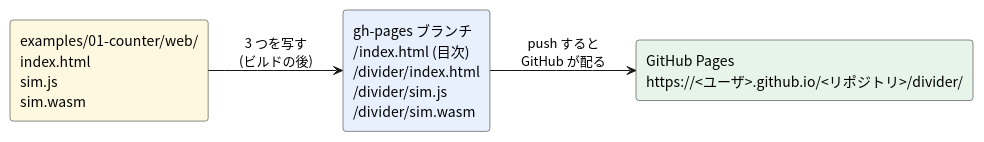
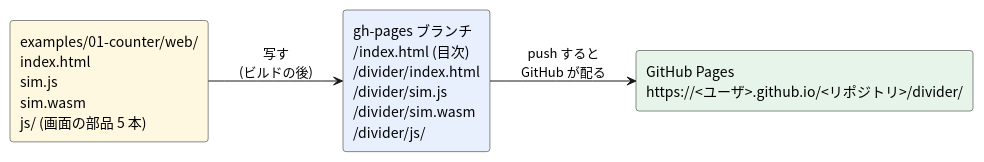
One commit to tommie-jp/tommie-circuit-workbook changed the diagram in 06-fpga/04-soft-fpga-web/13-github-pages.md. Above: the diagram before and after it, drawn with PlantUML. The commit also changed other lines of this file, not shown here.

````diff
--- a/06-fpga/04-soft-fpga-web/13-github-pages.md
+++ b/06-fpga/04-soft-fpga-web/13-github-pages.md
@@ -25,17 +25,17 @@
 ```plantuml
 @startuml
 left to right direction
 skinparam shadowing false
 skinparam defaultFontName "Noto Sans CJK JP"
 skinparam rectangle {
   RoundCorner 6
 }
 
-rectangle "examples/01-counter/web/\nindex.html\nsim.js\nsim.wasm" as SRC #FFF8E1
-rectangle "gh-pages ブランチ\n/index.html (目次)\n/divider/index.html\n/divider/sim.js\n/divider/sim.wasm" as GH #E8F0FE
+rectangle "examples/01-counter/web/\nindex.html\nsim.js\nsim.wasm\njs/ (画面の部品 5 本)" as SRC #FFF8E1
+rectangle "gh-pages ブランチ\n/index.html (目次)\n/divider/index.html\n/divider/sim.js\n/divider/sim.wasm\n/divider/js/" as GH #E8F0FE
 rectangle "GitHub Pages\nhttps://<ユーザ>.github.io/<リポジトリ>/divider/" as PAGES #E6F4EA
 
-SRC --> GH : 3 つを写す\n(ビルドの後)
+SRC --> GH : 写す\n(ビルドの後)
 GH --> PAGES : push すると\nGitHub が配る
 @enduml
 ```
````
